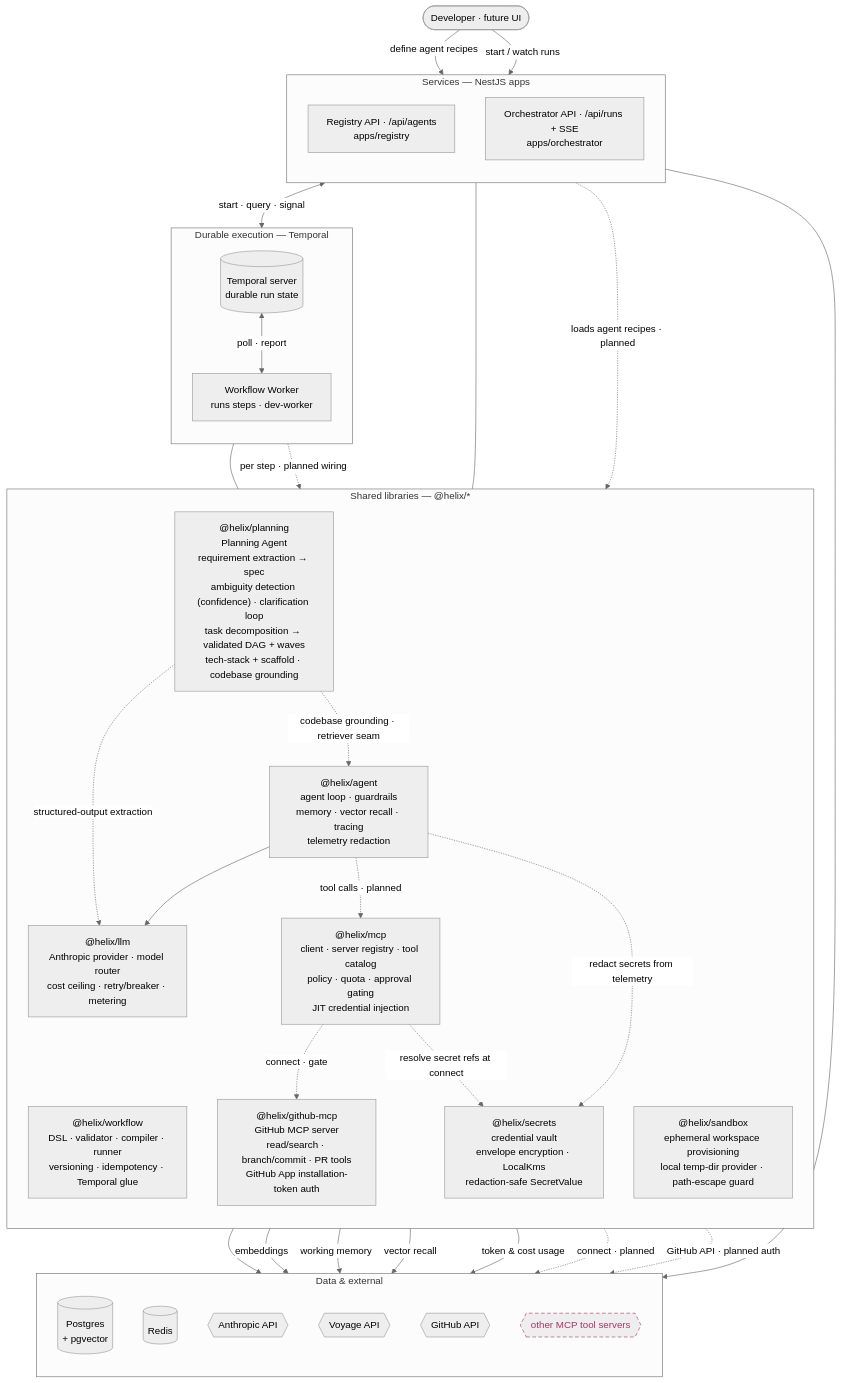
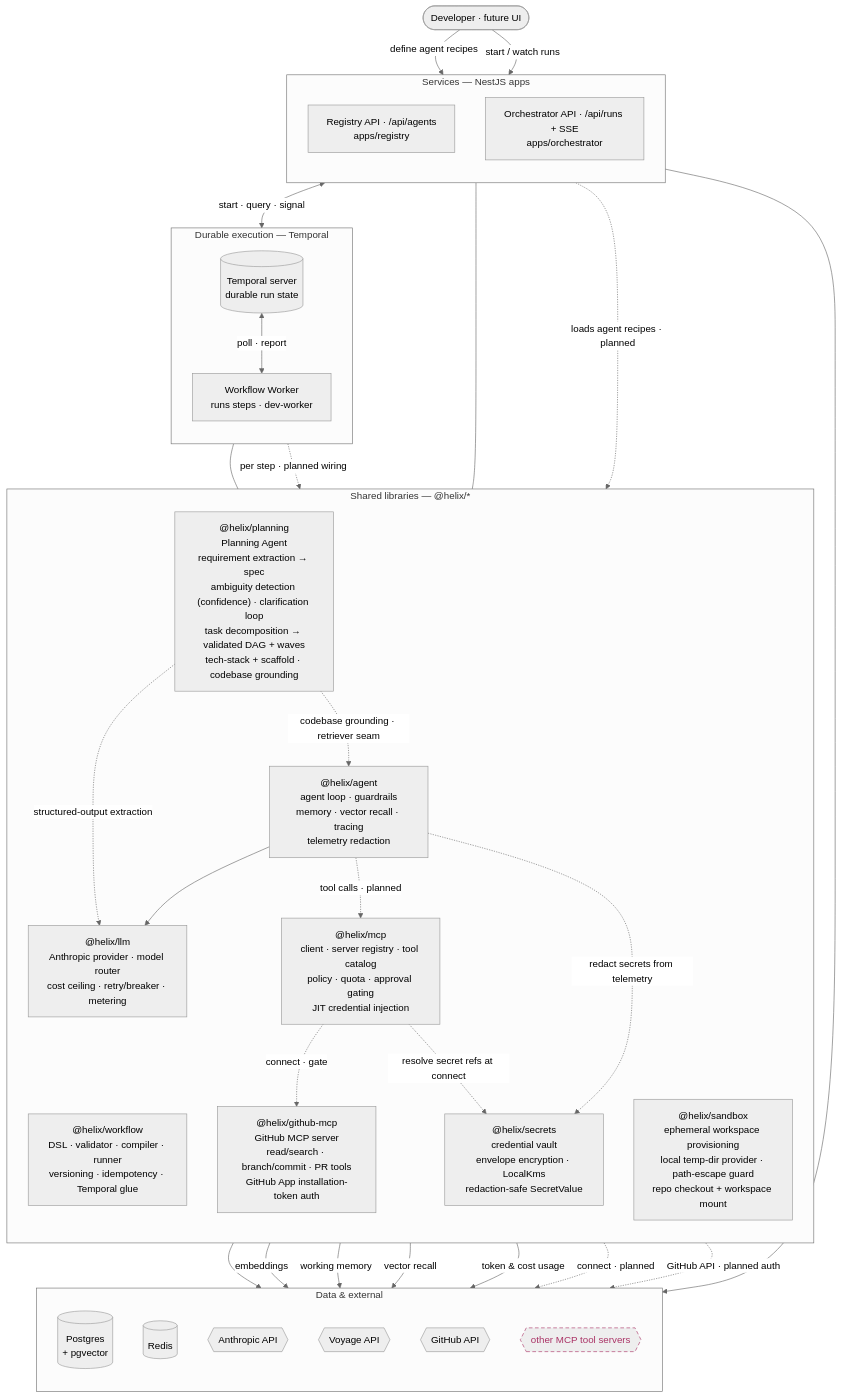
Before and after one commit to shhashhank/helix: the first of 2 diagrams in docs/ARCHITECTURE.md, drawn with Mermaid (neutral theme). The commit also changed 4 other files, not shown here.

First line of the commit message:
HELIX-101: repo checkout + workspace mount (#63)

````diff
--- a/docs/ARCHITECTURE.md
+++ b/docs/ARCHITECTURE.md
@@ -16,65 +16,65 @@
 ```mermaid
 flowchart TB
   user([Developer · future UI])
 
   subgraph svc["Services — NestJS apps"]
     direction TB
     reg["Registry API · /api/agents<br/>apps/registry"]
     orc["Orchestrator API · /api/runs + SSE<br/>apps/orchestrator"]
   end
 
   subgraph dur["Durable execution — Temporal"]
     direction TB
     tmp[("Temporal server<br/>durable run state")]
     wkr["Workflow Worker<br/>runs steps · dev-worker"]
   end
 
   subgraph lib["Shared libraries — @helix/*"]
     direction TB
     wf["@helix/workflow<br/>DSL · validator · compiler · runner<br/>versioning · idempotency · Temporal glue"]
     ag["@helix/agent<br/>agent loop · guardrails<br/>memory · vector recall · tracing<br/>telemetry redaction"]
     lm["@helix/llm<br/>Anthropic provider · model router<br/>cost ceiling · retry/breaker · metering"]
     mc["@helix/mcp<br/>client · server registry · tool catalog<br/>policy · quota · approval gating<br/>JIT credential injection"]
     gh["@helix/github-mcp<br/>GitHub MCP server<br/>read/search · branch/commit · PR tools<br/>GitHub App installation-token auth"]
     sec["@helix/secrets<br/>credential vault<br/>envelope encryption · LocalKms<br/>redaction-safe SecretValue"]
     pl["@helix/planning<br/>Planning Agent<br/>requirement extraction → spec<br/>ambiguity detection (confidence) · clarification loop<br/>task decomposition → validated DAG + waves<br/>tech-stack + scaffold · codebase grounding"]
-    sbx["@helix/sandbox<br/>ephemeral workspace provisioning<br/>local temp-dir provider · path-escape guard"]
+    sbx["@helix/sandbox<br/>ephemeral workspace provisioning<br/>local temp-dir provider · path-escape guard<br/>repo checkout + workspace mount"]
   end
 
   subgraph dat["Data & external"]
     direction TB
     pg[("Postgres<br/>+ pgvector")]
     rd[("Redis")]
     an{{Anthropic API}}
     vo{{Voyage API}}
     gha{{GitHub API}}
     ext{{other MCP tool servers}}
   end
 
   user -->|define agent recipes| reg
   user -->|start / watch runs| orc
   reg --> pg
   orc <-->|start · query · signal| tmp
   tmp <-->|poll · report| wkr
   wkr --- wf
   orc --- wf
   wkr -.->|per step · planned wiring| ag
   reg -.->|loads agent recipes · planned| ag
   ag --> lm
   ag -.->|tool calls · planned| mc
   lm --> an
   ag -->|embeddings| vo
   ag -->|working memory| rd
   ag -->|vector recall| pg
   lm -->|token & cost usage| pg
   mc -.->|connect · gate| gh
   mc -.->|connect · planned| ext
   mc -.->|resolve secret refs at connect| sec
   ag -.->|redact secrets from telemetry| sec
   pl -.->|structured-output extraction| lm
   pl -.->|codebase grounding · retriever seam| ag
   gh -.->|GitHub API · planned auth| gha
 
   classDef planned stroke-dasharray:6 4,stroke:#a36,color:#a36;
   class ext planned;
 ```
````
